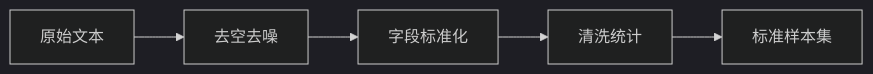
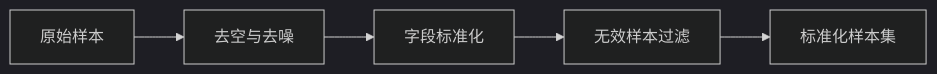
Before and after one commit to juemimgcd/sentiFlow: the fifth of 18 diagrams in steps/day1-day15-summary.md, drawn with Mermaid (dark theme). The commit also changed other lines of this file and 2 other files, not shown here.

````diff
--- a/steps/day1-day15-summary.md
+++ b/steps/day1-day15-summary.md
@@ -149,7 +176,7 @@
 ```mermaid
 flowchart LR
-    A[原始文本] --> B[去空去噪]
+    A[原始样本] --> B[去空与去噪]
     B --> C[字段标准化]
-    C --> D[清洗统计]
-    D --> E[标准样本集]
+    C --> D[无效样本过滤]
+    D --> E[标准化样本集]
 ```
````
